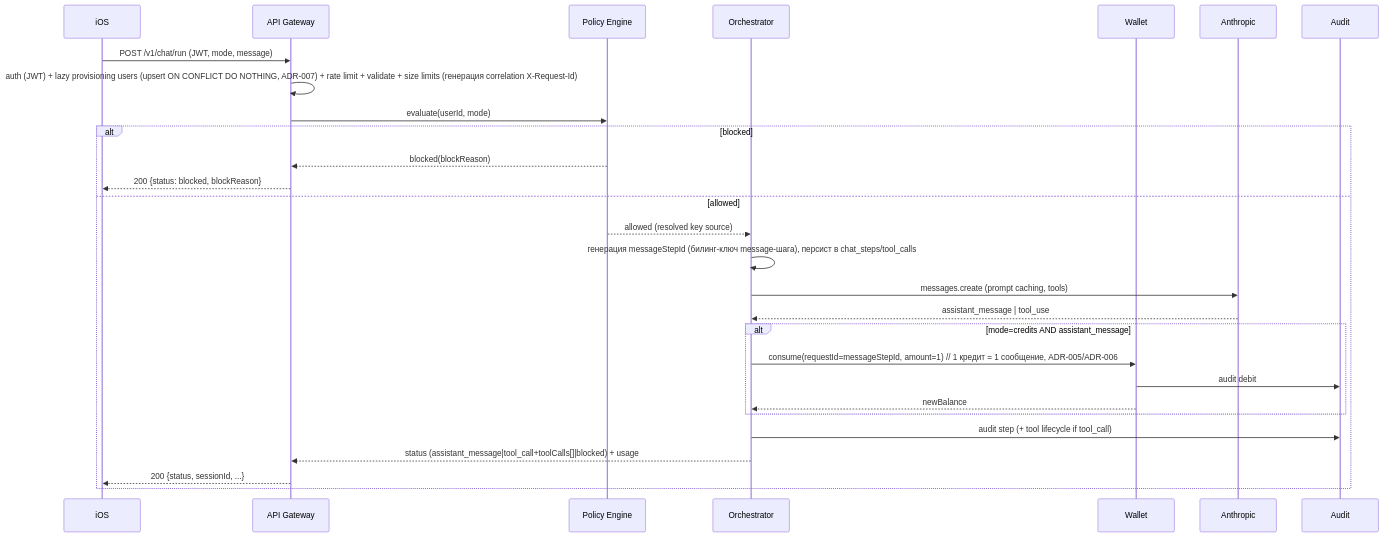
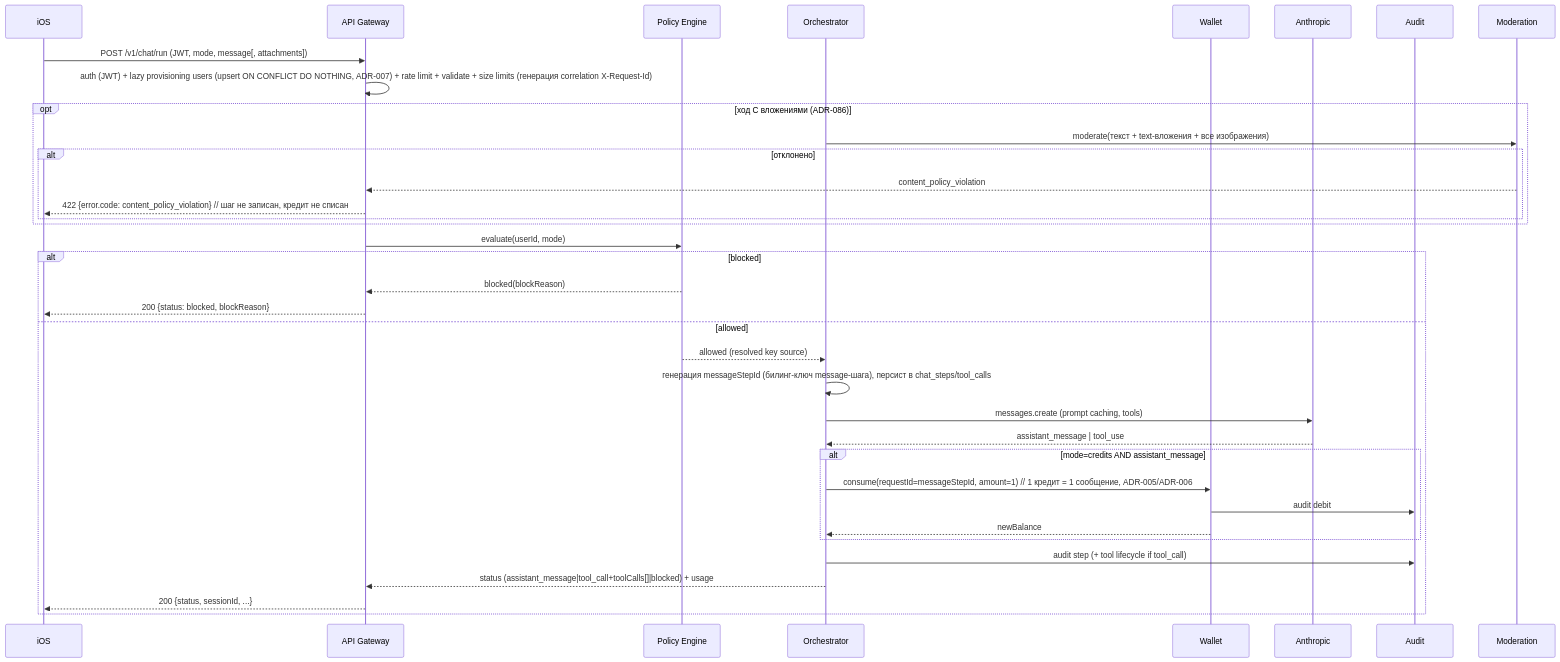
One commit to eliseiv/claude-ios changed the second of 3 diagrams in docs/01-architecture.md. Above: the diagram before and after it, drawn with Mermaid. The commit also changed other lines of this file and 53 other files, not shown here.

First line of the commit message:
Moderate UGC, fix 413 on oversized bodies, and split attachment error codes.

````diff
--- a/docs/01-architecture.md
+++ b/docs/01-architecture.md
@@ -102,31 +109,39 @@
 ```mermaid
 sequenceDiagram
     participant C as iOS
     participant GW as API Gateway
     participant P as Policy Engine
     participant O as Orchestrator
     participant W as Wallet
     participant A as Anthropic
     participant AU as Audit
 
-    C->>GW: POST /v1/chat/run (JWT, mode, message)
+    participant M as Moderation
+    C->>GW: POST /v1/chat/run (JWT, mode, message[, attachments])
     GW->>GW: auth (JWT) + lazy provisioning users (upsert ON CONFLICT DO NOTHING, ADR-007) + rate limit + validate + size limits (генерация correlation X-Request-Id)
+    opt ход С вложениями (ADR-086)
+        O->>M: moderate(текст + text-вложения + все изображения)
+        alt отклонено
+            M-->>GW: content_policy_violation
+            GW-->>C: 422 {error.code: content_policy_violation}  // шаг не записан, кредит не списан
+        end
+    end
     GW->>P: evaluate(userId, mode)
     alt blocked
         P-->>GW: blocked(blockReason)
         GW-->>C: 200 {status: blocked, blockReason}
     else allowed
         P-->>O: allowed (resolved key source)
         O->>O: генерация messageStepId (билинг-ключ message-шага), персист в chat_steps/tool_calls
         O->>A: messages.create (prompt caching, tools)
         A-->>O: assistant_message | tool_use
         alt mode=credits AND assistant_message
             O->>W: consume(requestId=messageStepId, amount=1)  // 1 кредит = 1 сообщение, ADR-005/ADR-006
             W->>AU: audit debit
             W-->>O: newBalance
         end
         O->>AU: audit step (+ tool lifecycle if tool_call)
         O-->>GW: status (assistant_message|tool_call+toolCalls[]|blocked) + usage
         GW-->>C: 200 {status, sessionId, ...}
     end
 ```
````
